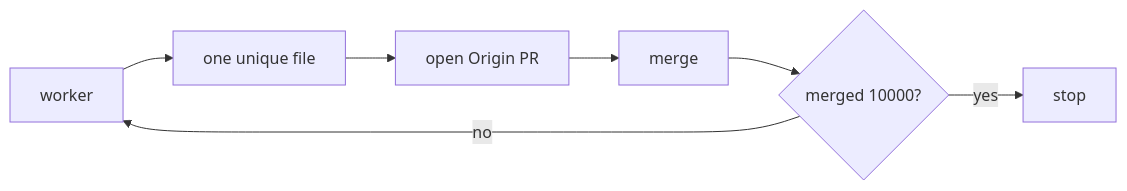
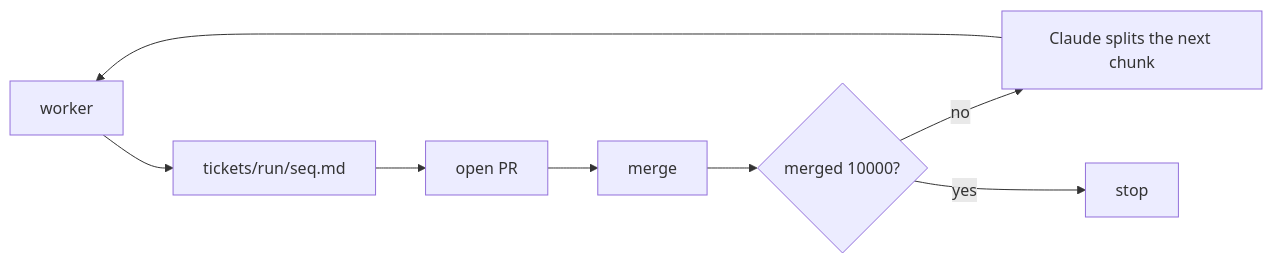
One commit to ranjan2829/Alpha-throttle-test changed the second of 2 diagrams in README.md. Above: the diagram before and after it, drawn with Mermaid. The commit also changed other lines of this file and 1 other file, not shown here.

Commit message:
Add Claude graph and per-second merge rates to homepage

````diff
--- a/README.md
+++ b/README.md
@@ -36,9 +47,10 @@
 ```mermaid
 flowchart LR
-  W[worker] --> F[one unique file]
-  F --> PR[open Origin PR]
+  W[worker] --> F[tickets/run/seq.md]
+  F --> PR[open PR]
   PR --> M[merge]
-  M --> L{merged 10000?}
-  L -->|no| W
-  L -->|yes| S[stop]
+  M --> T{merged 10000?}
+  T -->|no| C[Claude splits the next chunk]
+  C --> W
+  T -->|yes| S[stop]
 ```
````
